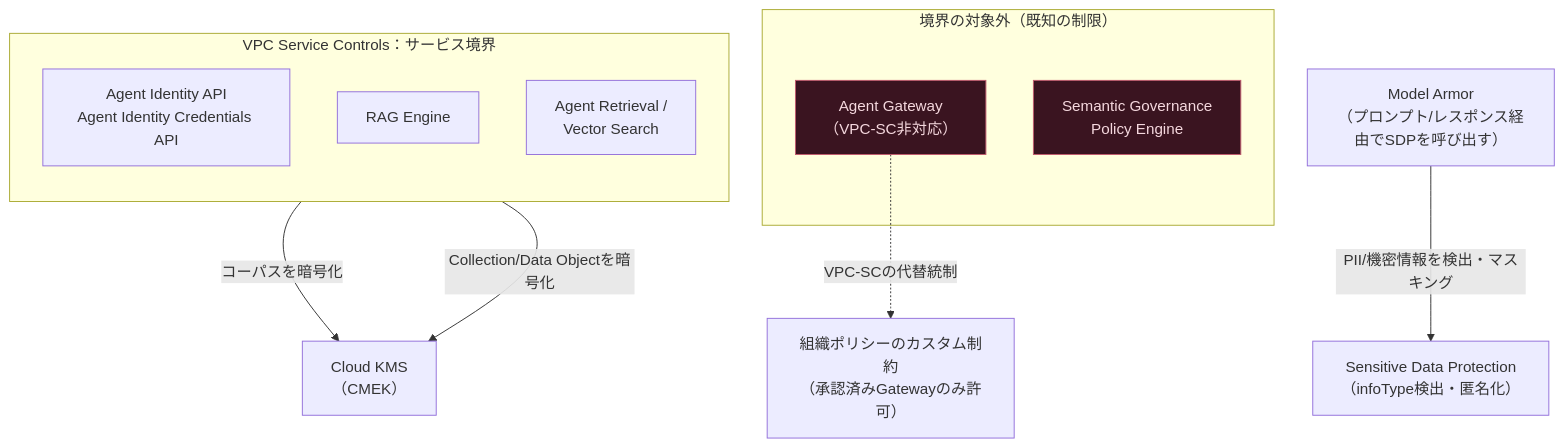
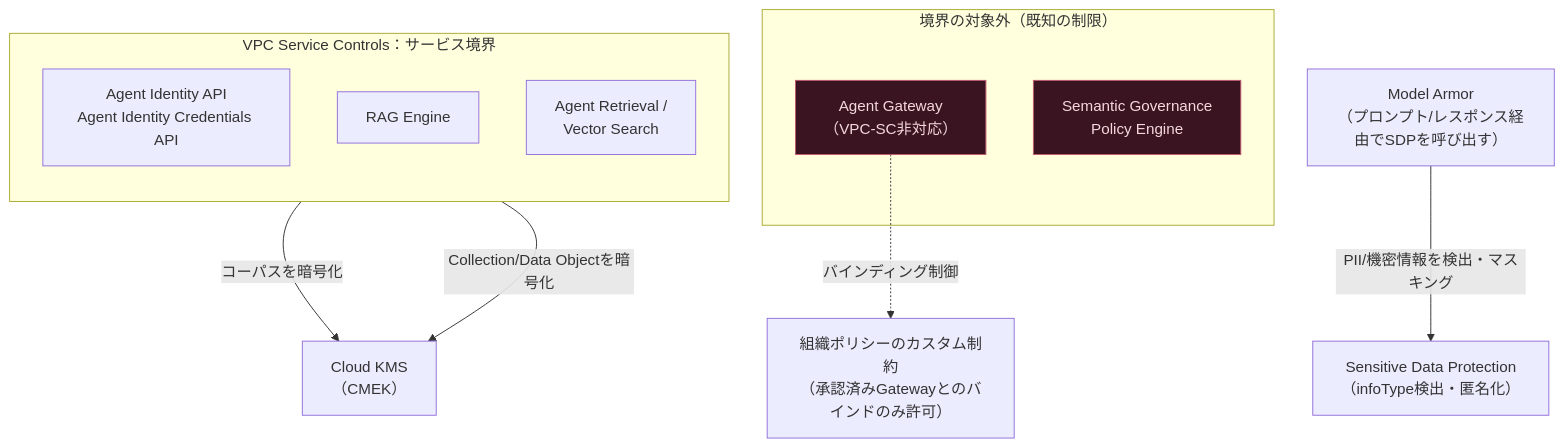
The fourth of 9 diagrams in archive/Gcl/Professional-Agentic-Architect/Professional-agentic-architect-section5.md (myoshi2891/Cloud-Infrastructure-and-Network-Studies), drawn with Mermaid before and after one commit. The commit also changed other lines of this file and 4 other files, not shown here.

````diff
--- a/archive/Gcl/Professional-Agentic-Architect/Professional-agentic-architect-section5.md
+++ b/archive/Gcl/Professional-Agentic-Architect/Professional-agentic-architect-section5.md
@@ -313,28 +318,28 @@
 ```mermaid
 flowchart TB
     subgraph PERIM["VPC Service Controls：サービス境界"]
         direction TB
         AI_API["Agent Identity API<br/>Agent Identity Credentials API"]
         RAG["RAG Engine"]
         AR["Agent Retrieval /<br/>Vector Search"]
     end
 
     subgraph OUTSIDE["境界の対象外（既知の制限）"]
         AGW["Agent Gateway<br/>（VPC-SC非対応）"]
         SGP["Semantic Governance<br/>Policy Engine"]
     end
 
     KMS["Cloud KMS<br/>（CMEK）"]
     SDP["Sensitive Data Protection<br/>（infoType検出・匿名化）"]
     MA["Model Armor<br/>（プロンプト/レスポンス経由でSDPを呼び出す）"]
 
     RAG -->|"コーパスを暗号化"| KMS
     AR -->|"Collection/Data Objectを暗号化"| KMS
     MA -->|"PII/機密情報を検出・マスキング"| SDP
 
-    ORGPOL["組織ポリシーのカスタム制約<br/>（承認済みGatewayのみ許可）"]
-    AGW -.->|"VPC-SCの代替統制"| ORGPOL
+    ORGPOL["組織ポリシーのカスタム制約<br/>（承認済みGatewayとのバインドのみ許可）"]
+    AGW -.->|"バインディング制御"| ORGPOL
 
     classDef outFill fill:#3a1420,stroke:#c05a6e,color:#f5d8de
     class AGW,SGP outFill
 ```
````
